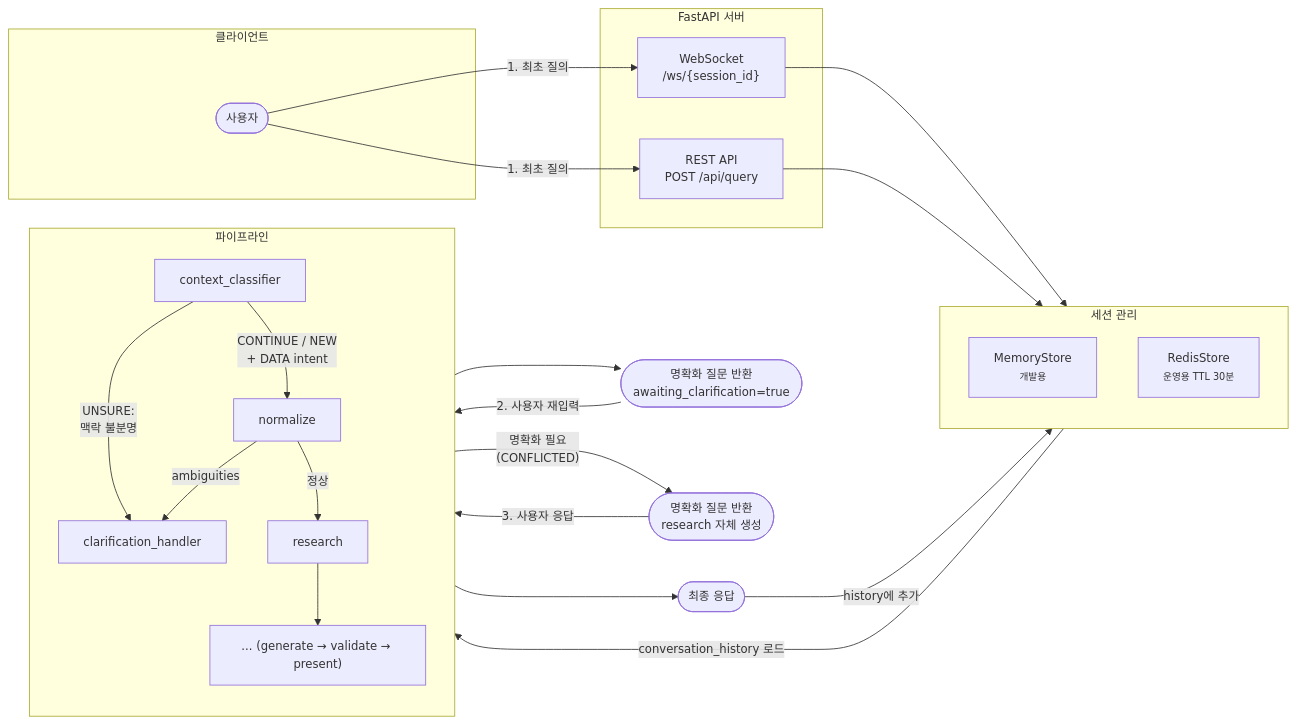
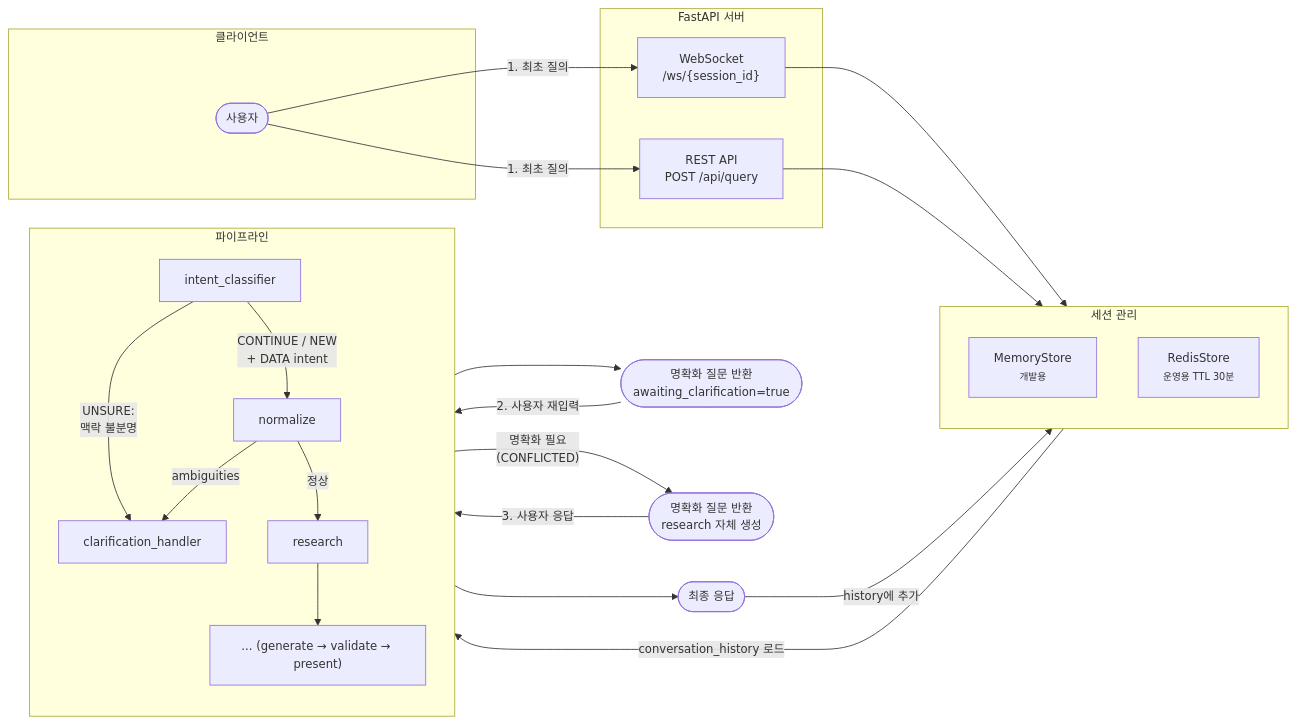
One commit to cheol-hee-han/data-copilot changed the second of 6 diagrams in docs/architecture/large-model-architecture.md. Above: the diagram before and after it, drawn with Mermaid. The commit also changed other lines of this file and 296 other files, not shown here.

````diff
--- a/docs/architecture/large-model-architecture.md
+++ b/docs/architecture/large-model-architecture.md
@@ -699,51 +699,51 @@
 ```mermaid
 ---
 config:
   themeVariables:
     fontSize: 14px
 ---
 flowchart LR
     subgraph client["클라이언트"]
         USER([사용자])
     end
 
     subgraph server["FastAPI 서버"]
         WS["WebSocket<br/>/ws/{session_id}"]
         REST["REST API<br/>POST /api/query"]
     end
 
     subgraph session["세션 관리"]
         MEM["MemoryStore<br/><small>개발용</small>"]
         RED["RedisStore<br/><small>운영용 TTL 30분</small>"]
     end
 
     subgraph pipeline["파이프라인"]
         direction TB
-        UND["context_classifier"]
+        UND["intent_classifier"]
         NORM["normalize"]
         CLR["clarification_handler"]
         RSR["research"]
         PIPE["... (generate → validate → present)"]
     end
 
     USER -->|"1. 최초 질의"| WS
     USER -->|"1. 최초 질의"| REST
     WS --> session
     REST --> session
     session -->|"conversation_history 로드"| UND
 
     UND -->|"UNSURE:<br/>맥락 불분명"| CLR
     CLR --> CLR_RESP(["명확화 질문 반환<br/>awaiting_clarification=true"])
     CLR_RESP -->|"2. 사용자 재입력"| UND
 
     UND -->|"CONTINUE / NEW<br/>+ DATA intent"| NORM
     NORM -->|"ambiguities"| CLR
     NORM -->|정상| RSR
 
     RSR -->|"명확화 필요<br/>(CONFLICTED)"| RSR_CLR(["명확화 질문 반환<br/>research 자체 생성"])
     RSR_CLR -->|"3. 사용자 응답"| UND
 
     RSR --> PIPE
     PIPE --> RESP(["최종 응답"])
     RESP -->|"history에 추가"| session
 ```
````
